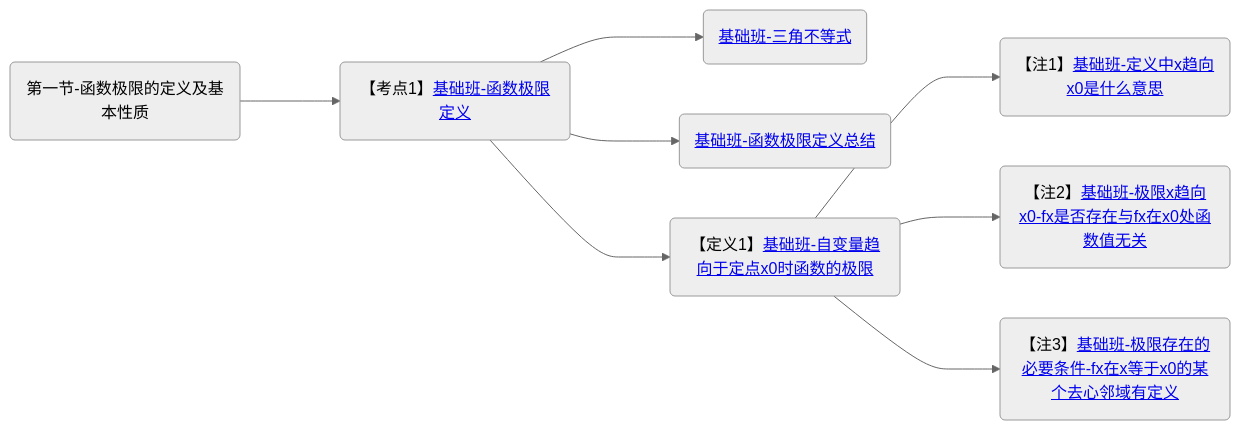
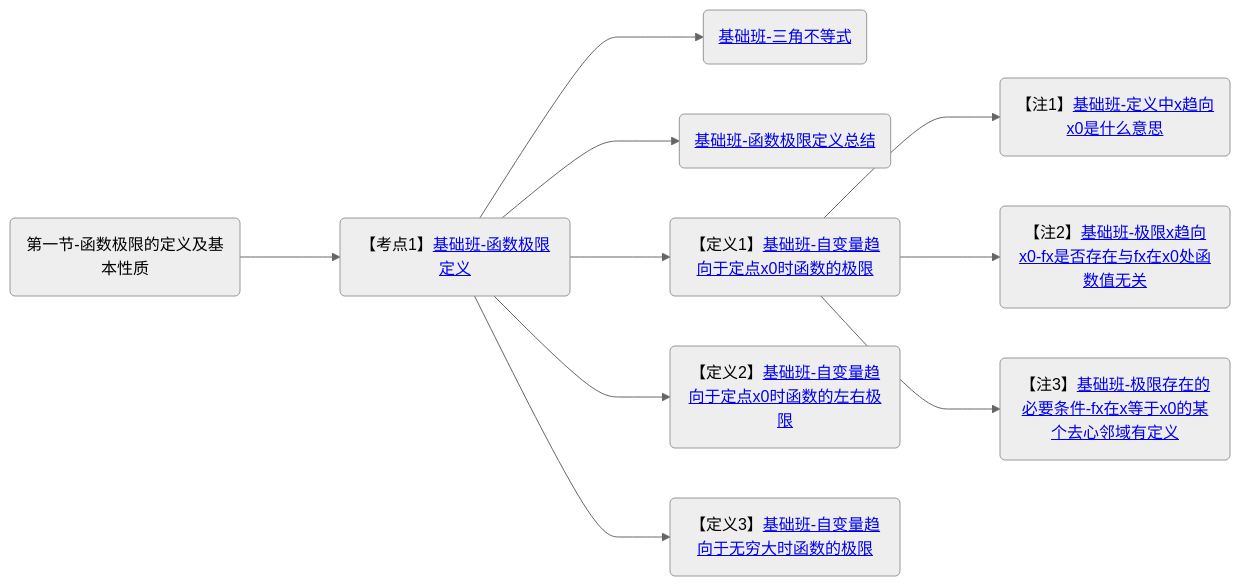
One commit to yuebinghui/note changed the diagram in 笔记/数学/周洋鑫/基础班/00.大纲.md. Above: the diagram before and after it, drawn with Mermaid (neutral theme). The commit also changed 7 other files, not shown here.

````diff
--- a/笔记/数学/周洋鑫/基础班/00.大纲.md
+++ b/笔记/数学/周洋鑫/基础班/00.大纲.md
@@ -1,13 +1,17 @@
 ```mermaid
 graph LR
 第一节-函数极限的定义及基本性质(第一节-函数极限的定义及基本性质)
 
 第一节-函数极限的定义及基本性质--->基础班-函数极限定义(【考点1】<a href="/Users/yuebinghui/Documents/program/github/note/笔记/数学/周洋鑫/基础班/01.函数极限的定义与性质-1.md#基础班-函数极限定义">基础班-函数极限定义</>)
 基础班-函数极限定义--->基础班-三角不等式(<a href="/Users/yuebinghui/Documents/program/github/note/笔记/数学/周洋鑫/基础班/01.函数极限的定义与性质-1.md#基础班-三角不等式">基础班-三角不等式</>)
 基础班-函数极限定义--->基础班-函数极限定义总结(<a href="/Users/yuebinghui/Documents/program/github/note/笔记/数学/周洋鑫/基础班/01.函数极限的定义与性质-1.md#基础班-函数极限定义总结">基础班-函数极限定义总结</>)
 基础班-函数极限定义--->基础班-自变量趋向于定点x0时函数的极限(【定义1】<a href="/Users/yuebinghui/Documents/program/github/note/笔记/数学/周洋鑫/基础班/01.函数极限的定义与性质-1.md#基础班-自变量趋向于定点x0时函数的极限">基础班-自变量趋向于定点x0时函数的极限</>)
 基础班-自变量趋向于定点x0时函数的极限--->基础班-定义中x趋向x0是什么意思(【注1】<a href="/Users/yuebinghui/Documents/program/github/note/笔记/数学/周洋鑫/基础班/01.函数极限的定义与性质-1.md#基础班-定义中x趋向x0是什么意思">基础班-定义中x趋向x0是什么意思</>)
 基础班-自变量趋向于定点x0时函数的极限--->基础班-极限x趋向x0-fx是否存在与fx在x0处函数值无关(【注2】<a href="/Users/yuebinghui/Documents/program/github/note/笔记/数学/周洋鑫/基础班/01.函数极限的定义与性质-1.md#基础班-极限x趋向x0-fx是否存在与fx在x0处函数值无关">基础班-极限x趋向x0-fx是否存在与fx在x0处函数值无关</>)
 基础班-自变量趋向于定点x0时函数的极限--->基础班-极限存在的必要条件-fx在x等于x0的某个去心邻域有定义(【注3】<a href="/Users/yuebinghui/Documents/program/github/note/笔记/数学/周洋鑫/基础班/01.函数极限的定义与性质-1.md#基础班-极限存在的必要条件-fx在x等于x0的某个去心邻域有定义">基础班-极限存在的必要条件-fx在x等于x0的某个去心邻域有定义</>)
 
+基础班-函数极限定义--->基础班-自变量趋向于定点x0时函数的左右极限(【定义2】<a href="/Users/yuebinghui/Documents/program/github/note/笔记/数学/周洋鑫/基础班/01.函数极限的定义与性质-1.md#基础班-自变量趋向于定点x0时函数的左右极限">基础班-自变量趋向于定点x0时函数的左右极限</>)
+
+基础班-函数极限定义--->基础班-自变量趋向于无穷大时函数的极限(【定义3】<a href="/Users/yuebinghui/Documents/program/github/note/笔记/数学/周洋鑫/基础班/01.函数极限的定义与性质-1.md#基础班-自变量趋向于无穷大时函数的极限">基础班-自变量趋向于无穷大时函数的极限</>)
+
 ```
````
